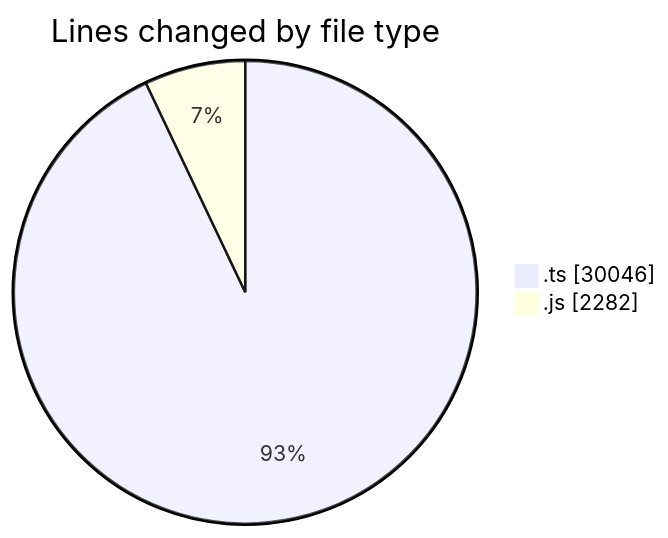
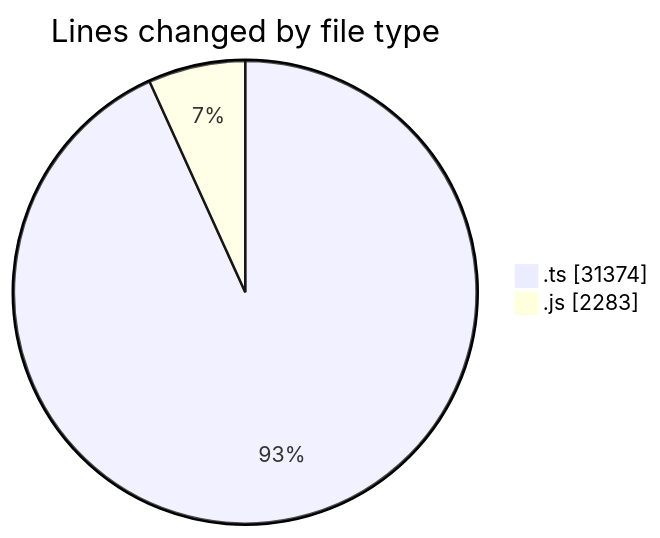
Before and after one commit to momahboobian/code-tracking: the first of 2 diagrams in 2025-06-27/cda/README.md, drawn with Mermaid. The commit also changed other lines of this file and 1 other file, not shown here.

````diff
--- a/2025-06-27/cda/README.md
+++ b/2025-06-27/cda/README.md
@@ -30,6 +31,6 @@
 ```mermaid
 pie showData
 title Lines changed by file type
-".ts" : 30046
-".js" : 2282
+".ts" : 31374
+".js" : 2283
 ```
````
